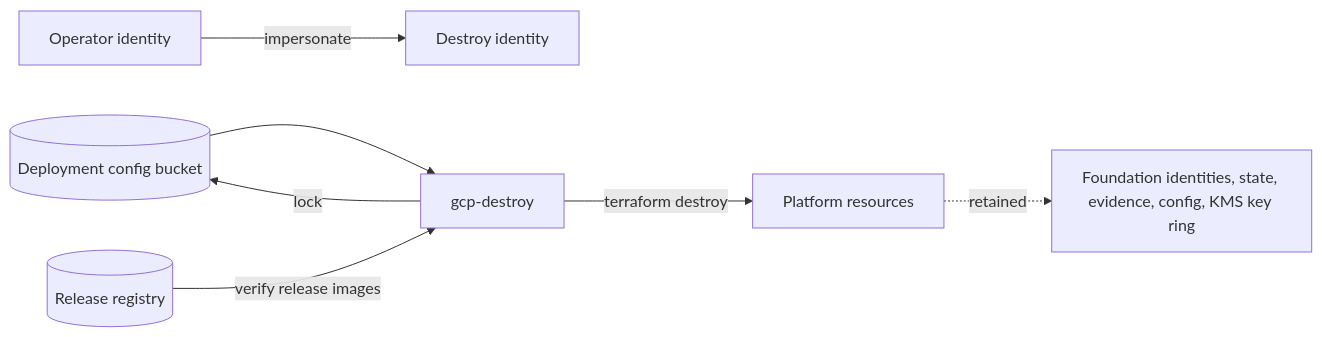
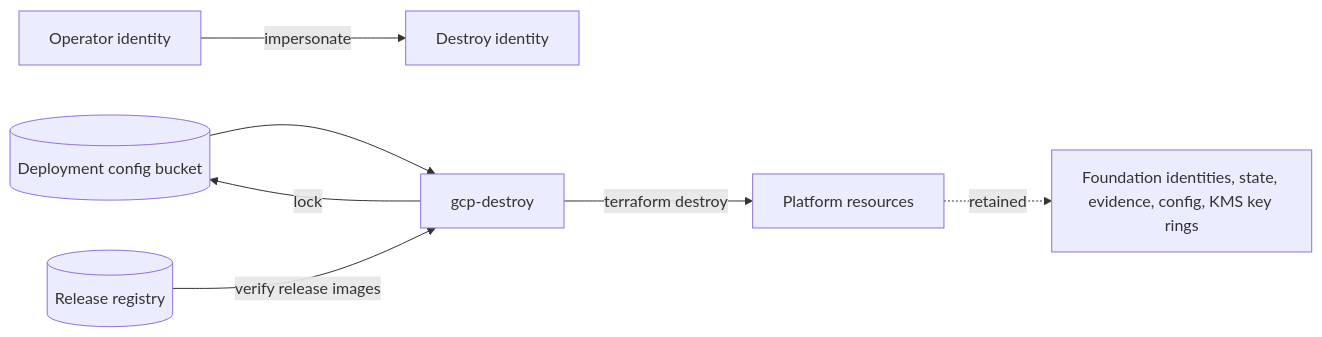
Before and after one commit to OpenRAE/bigrae: the third of 6 diagrams in docs/architecture/github-less-gcp-deployment-design-2571.md, drawn with Mermaid. The commit also changed other lines of this file and 51 other files, not shown here.

````diff
--- a/docs/architecture/github-less-gcp-deployment-design-2571.md
+++ b/docs/architecture/github-less-gcp-deployment-design-2571.md
@@ -448,9 +448,9 @@
 ```mermaid
 flowchart LR
   op[Operator identity] -->|impersonate| xsa[Destroy identity]
   store[(Deployment config bucket)] --> cmd[gcp-destroy]
   reg[(Release registry)] -->|verify release images| cmd
   cmd -->|lock| store
   cmd -->|terraform destroy| gcp[Platform resources]
-  gcp -.->|retained| keep[Foundation identities, state, evidence, config, KMS key ring]
+  gcp -.->|retained| keep[Foundation identities, state, evidence, config, KMS key rings]
 ```
````
